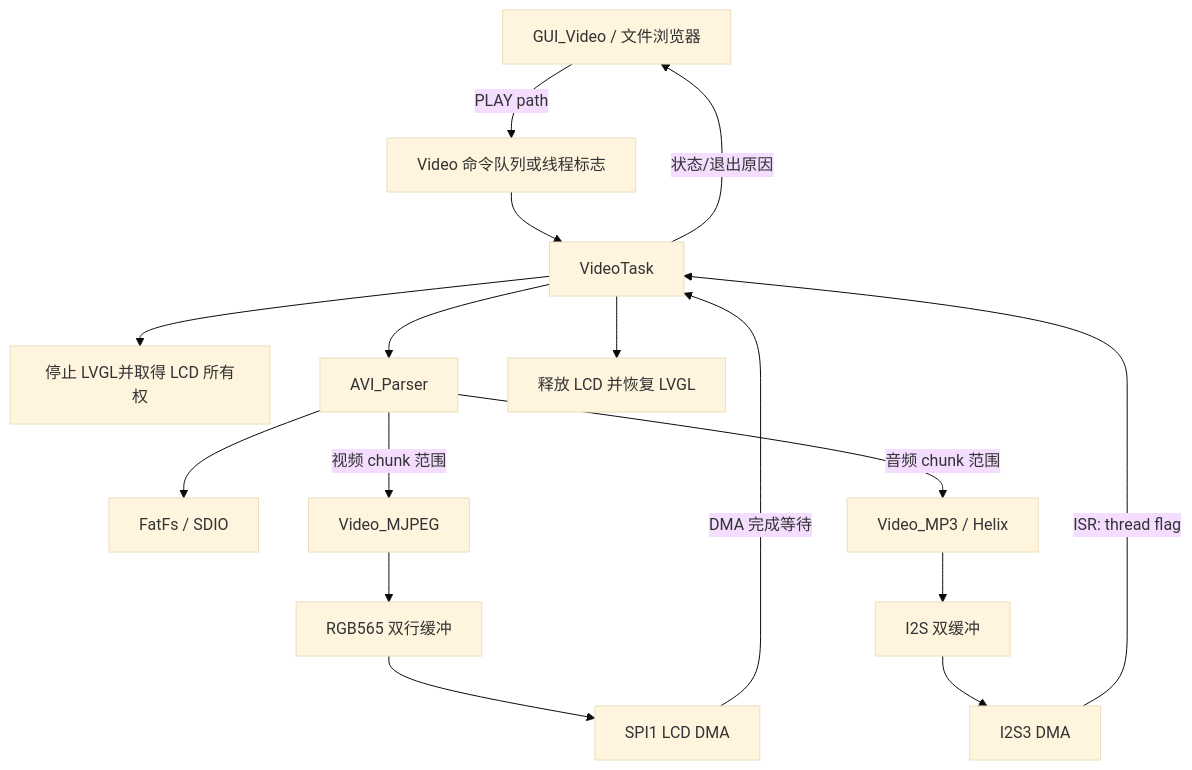
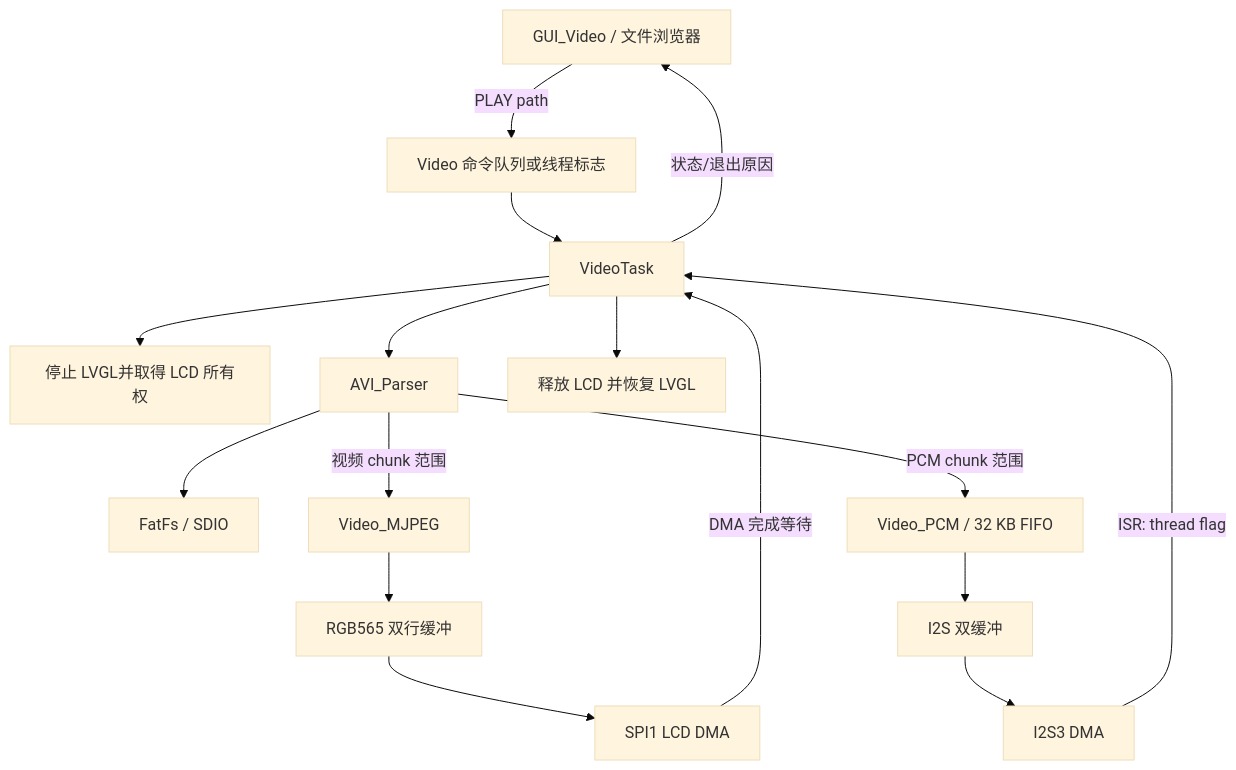
The second of 3 diagrams in Docs/AVI视频播放器.md (1702703423/StarGamer), drawn with Mermaid (base theme) before and after one commit. The commit also changed other lines of this file and 22 other files, not shown here.

````diff
--- a/Docs/AVI视频播放器.md
+++ b/Docs/AVI视频播放器.md
@@ -300,18 +295,18 @@
 ```mermaid
 flowchart TD
     GUI["GUI_Video / 文件浏览器"] -->|PLAY path| CMD["Video 命令队列或线程标志"]
     CMD --> TASK["VideoTask"]
     TASK --> OWN["停止 LVGL并取得 LCD 所有权"]
     TASK --> AVI["AVI_Parser"]
     AVI --> FAT["FatFs / SDIO"]
     AVI -->|视频 chunk 范围| MJPEG["Video_MJPEG"]
-    AVI -->|音频 chunk 范围| MP3["Video_MP3 / Helix"]
+    AVI -->|PCM chunk 范围| PCM_FIFO["Video_PCM / 32 KB FIFO"]
     MJPEG --> RGB["RGB565 双行缓冲"]
     RGB --> LCD["SPI1 LCD DMA"]
-    MP3 --> PCM["I2S 双缓冲"]
+    PCM_FIFO --> PCM["I2S 双缓冲"]
     PCM --> I2S["I2S3 DMA"]
     I2S -->|ISR: thread flag| TASK
     LCD -->|DMA 完成等待| TASK
     TASK -->|状态/退出原因| GUI
     TASK --> RESTORE["释放 LCD 并恢复 LVGL"]
 ```
````
